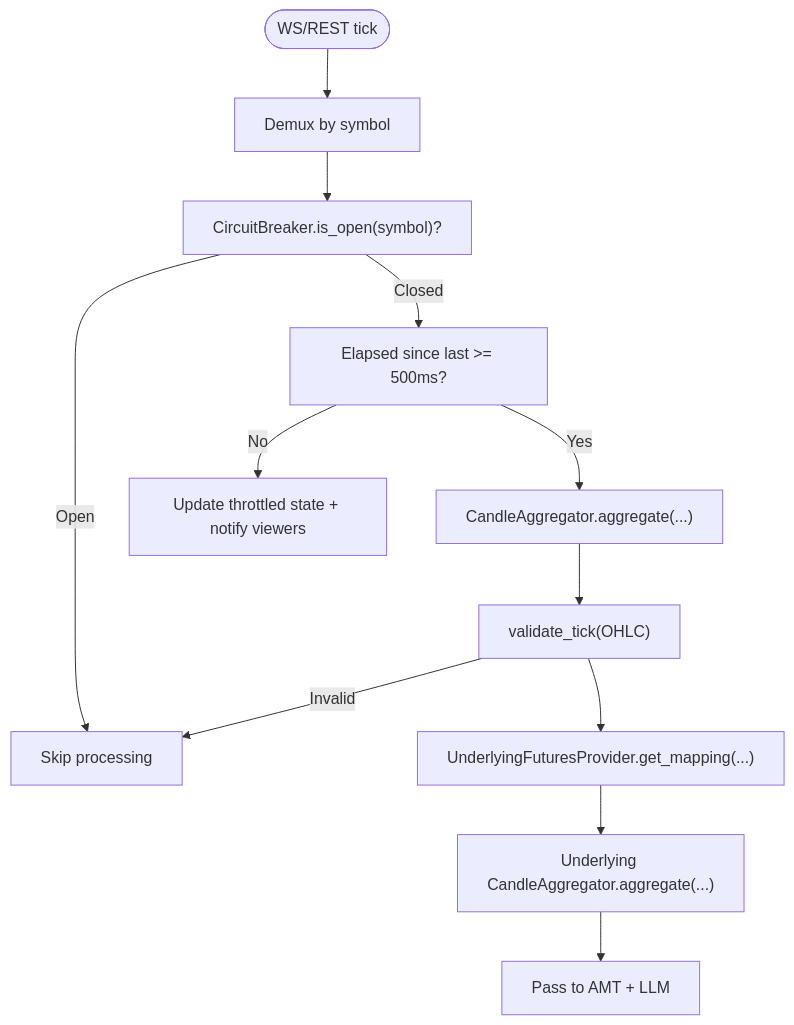
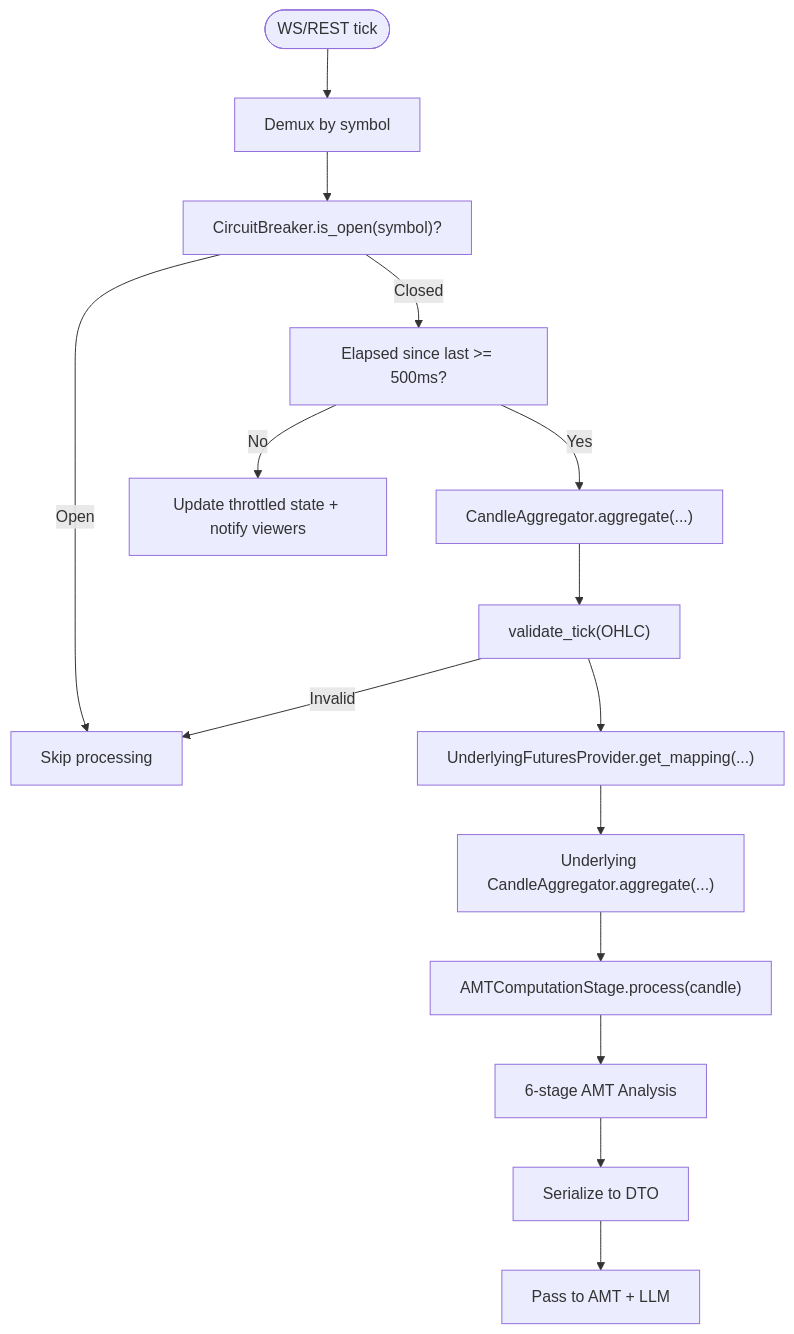
Before and after one commit to gemrajkhatry-maker/v5-of-glassytrade-ai: the sixth of 12 diagrams in .qoder/repowiki/en/content/Architecture Deep Dive/Data Flow and Processing/Data Flow and Processing.md, drawn with Mermaid. The commit also changed other lines of this file and 219 other files, not shown here.

First line of the commit message:
refactor: major architecture improvements across backend, backendv2, brokers, and frontend

````diff
--- a/.qoder/repowiki/en/content/Architecture Deep Dive/Data Flow and Processing/Data Flow and Processing.md
+++ b/.qoder/repowiki/en/content/Architecture Deep Dive/Data Flow and Processing/Data Flow and Processing.md
@@ -161,14 +307,17 @@
 ```mermaid
 flowchart TD
 Start(["WS/REST tick"]) --> Demux["Demux by symbol"]
 Demux --> CBCheck["CircuitBreaker.is_open(symbol)?"]
 CBCheck --> |Open| Drop["Skip processing"]
 CBCheck --> |Closed| Throttle["Elapsed since last >= 500ms?"]
 Throttle --> |No| Throttled["Update throttled state + notify viewers"]
 Throttle --> |Yes| Agg["CandleAggregator.aggregate(...)"]
 Agg --> Validate["validate_tick(OHLC)"]
 Validate --> |Invalid| Drop
 Validate --> DualFeed["UnderlyingFuturesProvider.get_mapping(...)"]
 DualFeed --> UnderAgg["Underlying CandleAggregator.aggregate(...)"]
-UnderAgg --> Next["Pass to AMT + LLM"]
+UnderAgg --> AMT["AMTComputationStage.process(candle)"]
+AMT --> Analyze["6-stage AMT Analysis"]
+Analyze --> Serialize["Serialize to DTO"]
+Serialize --> Next["Pass to AMT + LLM"]
 ```
````
